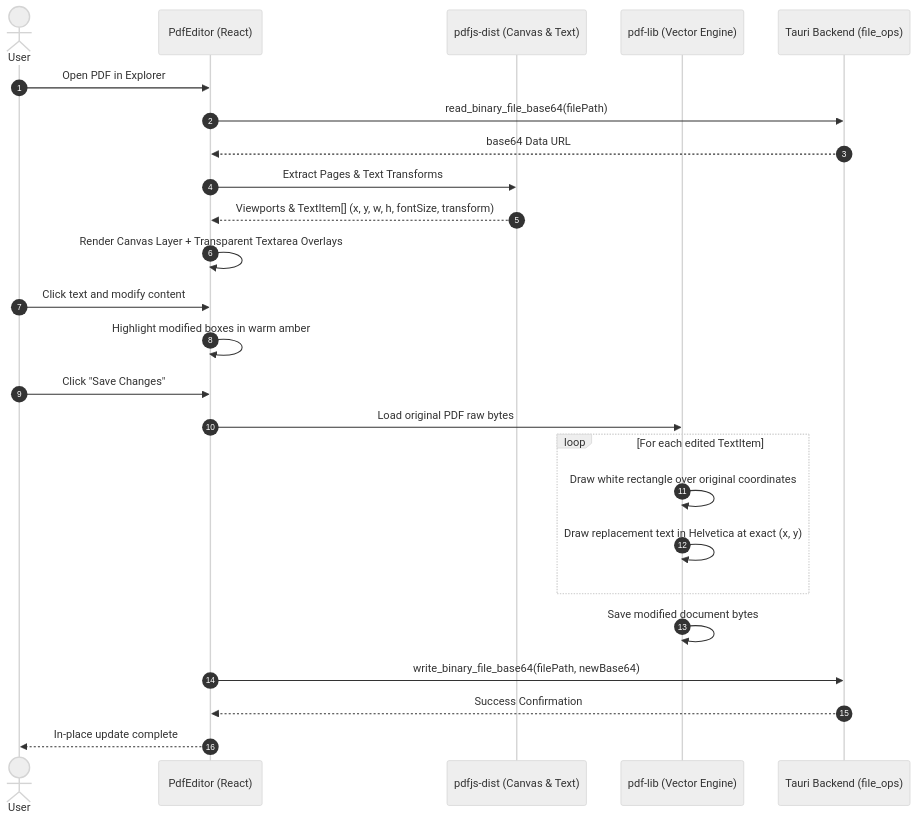
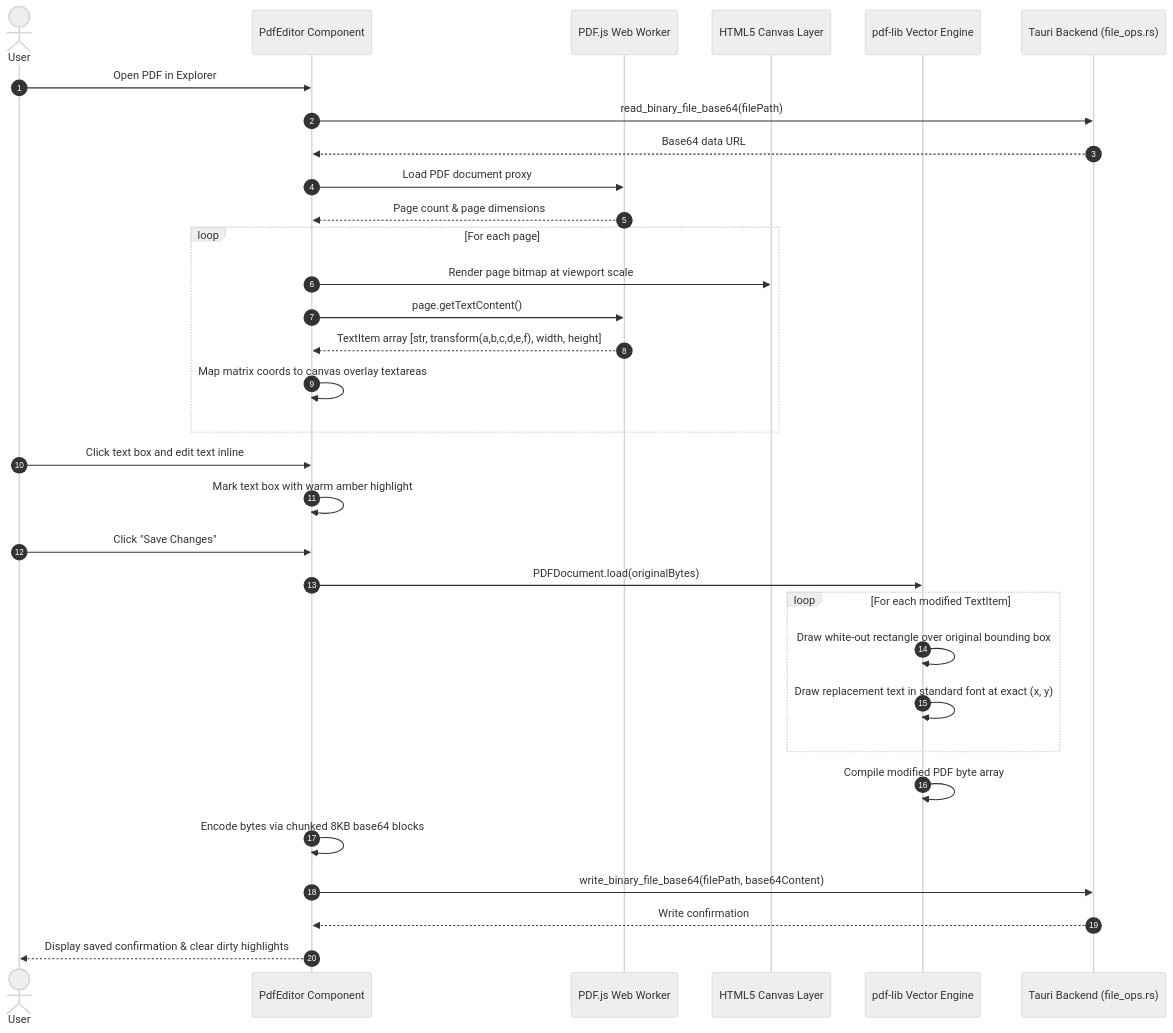
The fifth of 9 diagrams in PRD.md (zishan049/Composer), drawn with Mermaid (neutral theme) before and after one commit. The commit also changed other lines of this file and 1 other file, not shown here.

````diff
--- a/PRD.md
+++ b/PRD.md
@@ -215,28 +274,35 @@
 ```mermaid
 sequenceDiagram
     autonumber
     actor User
-    participant View as PdfEditor (React)
-    participant PDFJS as pdfjs-dist (Canvas & Text)
-    participant PDFLIB as pdf-lib (Vector Engine)
-    participant Rust as Tauri Backend (file_ops)
+    participant View as PdfEditor Component
+    participant Worker as PDF.js Web Worker
+    participant Canvas as HTML5 Canvas Layer
+    participant Lib as pdf-lib Vector Engine
+    participant Rust as Tauri Backend (file_ops.rs)
 
     User->>View: Open PDF in Explorer
     View->>Rust: read_binary_file_base64(filePath)
-    Rust-->>View: base64 Data URL
-    View->>PDFJS: Extract Pages & Text Transforms
-    PDFJS-->>View: Viewports & TextItem[] (x, y, w, h, fontSize, transform)
-    View->>View: Render Canvas Layer + Transparent Textarea Overlays
-    User->>View: Click text and modify content
-    View->>View: Highlight modified boxes in warm amber
+    Rust-->>View: Base64 data URL
+    View->>Worker: Load PDF document proxy
+    Worker-->>View: Page count & page dimensions
+    loop For each page
+        View->>Canvas: Render page bitmap at viewport scale
+        View->>Worker: page.getTextContent()
+        Worker-->>View: TextItem array [str, transform(a,b,c,d,e,f), width, height]
+        View->>View: Map matrix coords to canvas overlay textareas
+    end
+    User->>View: Click text box and edit text inline
+    View->>View: Mark text box with warm amber highlight
     User->>View: Click "Save Changes"
-    View->>PDFLIB: Load original PDF raw bytes
-    loop For each edited TextItem
-        PDFLIB->>PDFLIB: Draw white rectangle over original coordinates
-        PDFLIB->>PDFLIB: Draw replacement text in Helvetica at exact (x, y)
+    View->>Lib: PDFDocument.load(originalBytes)
+    loop For each modified TextItem
+        Lib->>Lib: Draw white-out rectangle over original bounding box
+        Lib->>Lib: Draw replacement text in standard font at exact (x, y)
     end
-    PDFLIB->>PDFLIB: Save modified document bytes
-    View->>Rust: write_binary_file_base64(filePath, newBase64)
-    Rust-->>View: Success Confirmation
-    View-->>User: In-place update complete
+    Lib->>Lib: Compile modified PDF byte array
+    View->>View: Encode bytes via chunked 8KB base64 blocks
+    View->>Rust: write_binary_file_base64(filePath, base64Content)
+    Rust-->>View: Write confirmation
+    View-->>User: Display saved confirmation & clear dirty highlights
 ```
````
